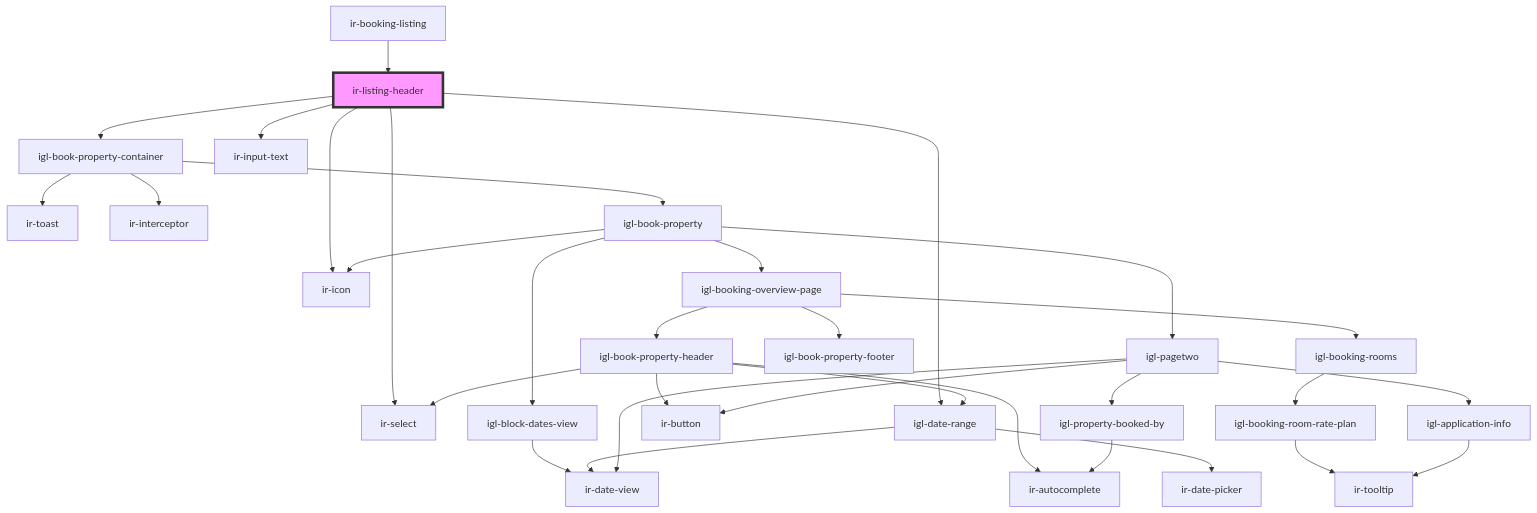
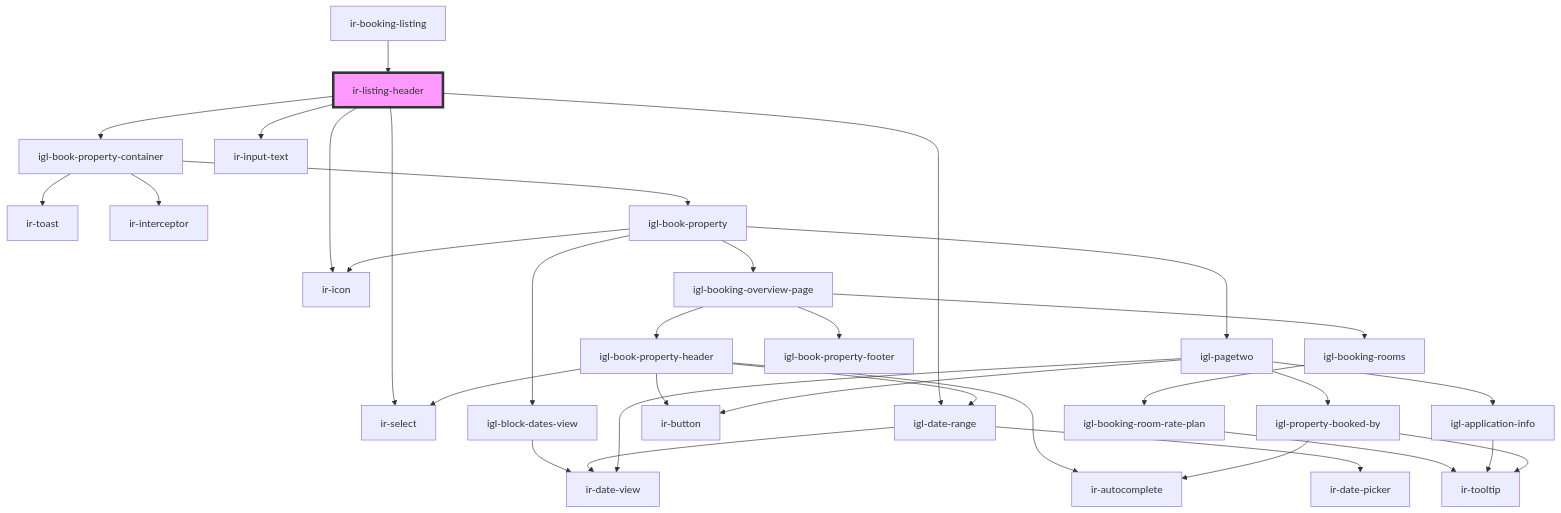
One commit to David1Chowaifaty/modified-ir-webcmp changed the diagram in src/components/ir-booking-listing/ir-listing-header/readme.md. Above: the diagram before and after it, drawn with Mermaid. The commit also changed 16 other files, not shown here.

````diff
--- a/src/components/ir-booking-listing/ir-listing-header/readme.md
+++ b/src/components/ir-booking-listing/ir-listing-header/readme.md
@@ -32,35 +32,36 @@
 ```mermaid
 graph TD;
   ir-listing-header --> igl-book-property-container
   ir-listing-header --> ir-input-text
   ir-listing-header --> ir-select
   ir-listing-header --> igl-date-range
   ir-listing-header --> ir-icon
   igl-book-property-container --> ir-toast
   igl-book-property-container --> ir-interceptor
   igl-book-property-container --> igl-book-property
   igl-book-property --> igl-block-dates-view
   igl-book-property --> ir-icon
   igl-book-property --> igl-booking-overview-page
   igl-book-property --> igl-pagetwo
   igl-block-dates-view --> ir-date-view
   igl-booking-overview-page --> igl-book-property-header
   igl-booking-overview-page --> igl-booking-rooms
   igl-booking-overview-page --> igl-book-property-footer
   igl-book-property-header --> ir-autocomplete
   igl-book-property-header --> ir-select
   igl-book-property-header --> ir-button
   igl-book-property-header --> igl-date-range
   igl-date-range --> ir-date-picker
   igl-date-range --> ir-date-view
   igl-booking-rooms --> igl-booking-room-rate-plan
   igl-booking-room-rate-plan --> ir-tooltip
   igl-pagetwo --> ir-date-view
   igl-pagetwo --> igl-application-info
   igl-pagetwo --> igl-property-booked-by
   igl-pagetwo --> ir-button
   igl-application-info --> ir-tooltip
   igl-property-booked-by --> ir-autocomplete
+  igl-property-booked-by --> ir-tooltip
   ir-booking-listing --> ir-listing-header
   style ir-listing-header fill:#f9f,stroke:#333,stroke-width:4px
 ```
````
